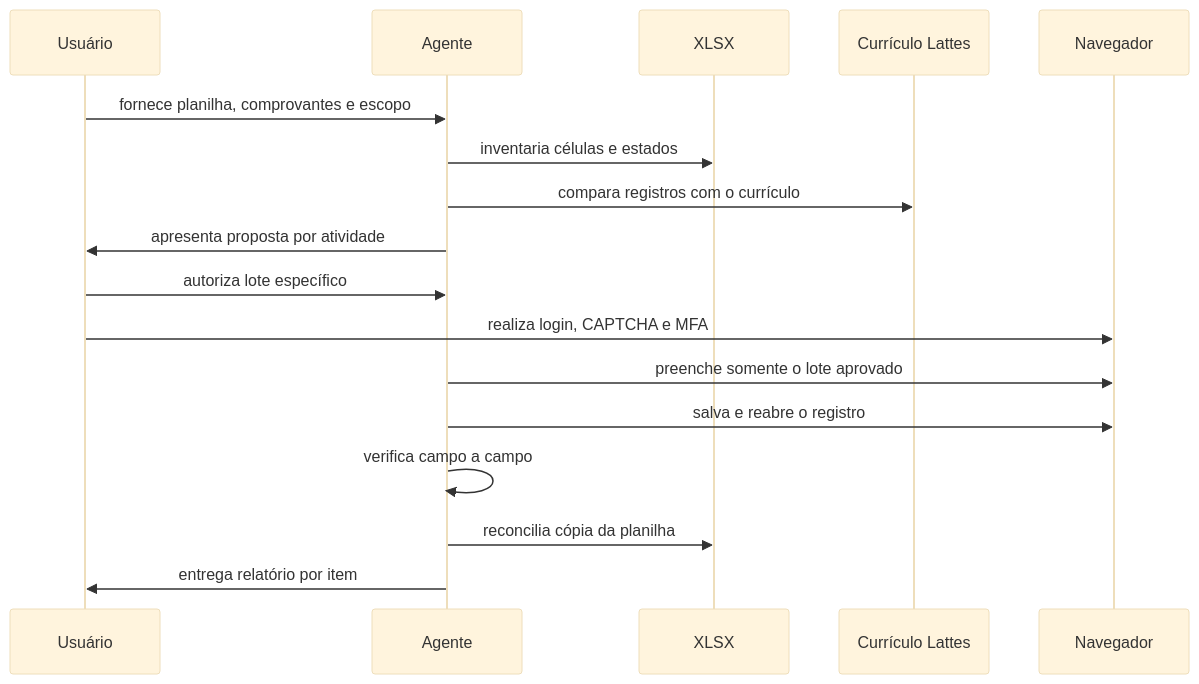
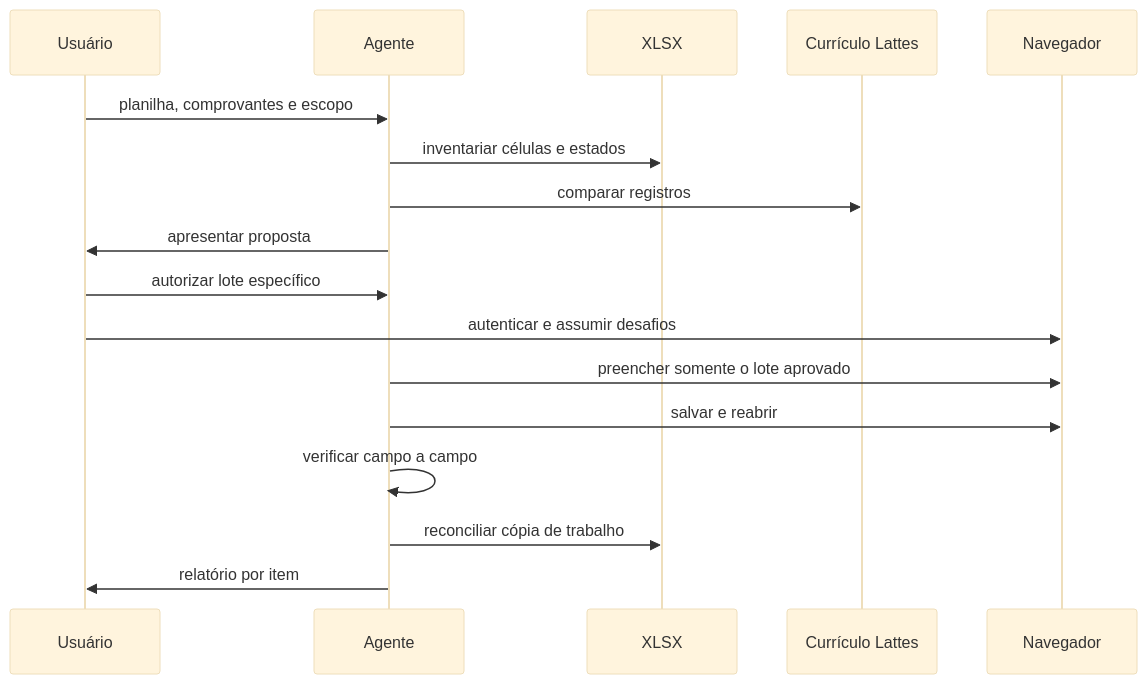
One commit to cleybersilva/skill-lattes changed the second of 2 diagrams in README.md. Above: the diagram before and after it, drawn with Mermaid (base theme). The commit also changed other lines of this file and 2 other files, not shown here.

Commit message:
Reformat README and add animated CAPTCHA demo

````diff
--- a/README.md
+++ b/README.md
@@ -158,20 +176,20 @@
 ```mermaid
 sequenceDiagram
-    participant U as Usuário
-    participant A as Agente
-    participant X as XLSX
-    participant L as Currículo Lattes
-    participant B as Navegador
+  participant U as Usuário
+  participant A as Agente
+  participant X as XLSX
+  participant L as Currículo Lattes
+  participant B as Navegador
 
-    U->>A: fornece planilha, comprovantes e escopo
-    A->>X: inventaria células e estados
-    A->>L: compara registros com o currículo
-    A->>U: apresenta proposta por atividade
-    U->>A: autoriza lote específico
-    U->>B: realiza login, CAPTCHA e MFA
-    A->>B: preenche somente o lote aprovado
-    A->>B: salva e reabre o registro
-    A->>A: verifica campo a campo
-    A->>X: reconcilia cópia da planilha
-    A->>U: entrega relatório por item
+  U->>A: planilha, comprovantes e escopo
+  A->>X: inventariar células e estados
+  A->>L: comparar registros
+  A->>U: apresentar proposta
+  U->>A: autorizar lote específico
+  U->>B: autenticar e assumir desafios
+  A->>B: preencher somente o lote aprovado
+  A->>B: salvar e reabrir
+  A->>A: verificar campo a campo
+  A->>X: reconciliar cópia de trabalho
+  A->>U: relatório por item
 ```
````
